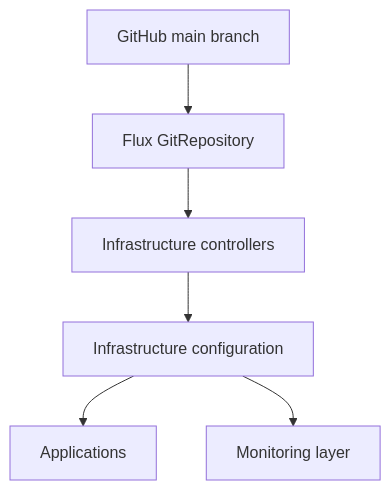
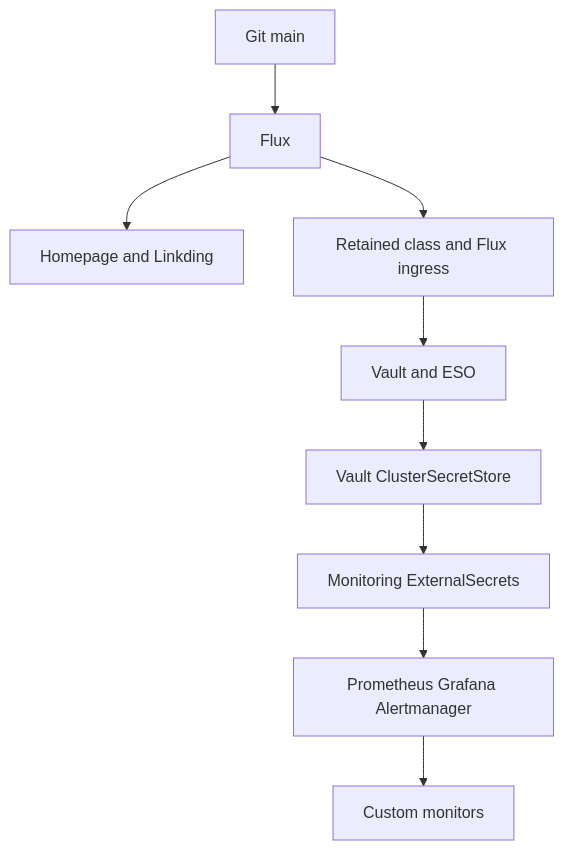
One commit to HYP3R00T/homelab changed the diagram in docs/architecture/platform.md. Above: the diagram before and after it, drawn with Mermaid. The commit also changed other lines of this file and 265 other files, not shown here.

````diff
--- a/docs/architecture/platform.md
+++ b/docs/architecture/platform.md
@@ -13,8 +5,11 @@
 ```mermaid
 flowchart TB
-    Git[GitHub main branch] --> Source[Flux GitRepository]
-    Source --> Controllers[Infrastructure controllers]
-    Controllers --> Configs[Infrastructure configuration]
-    Configs --> Workloads[Applications]
-    Configs --> Monitoring[Monitoring layer]
+    Git[Git main] --> Flux[Flux]
+    Flux --> Apps[Homepage and Linkding]
+    Flux --> Core[Retained class and Flux ingress]
+    Core --> Secrets[Vault and ESO]
+    Secrets --> Store[Vault ClusterSecretStore]
+    Store --> Credentials[Monitoring ExternalSecrets]
+    Credentials --> Stack[Prometheus Grafana Alertmanager]
+    Stack --> Monitors[Custom monitors]
 ```
````
